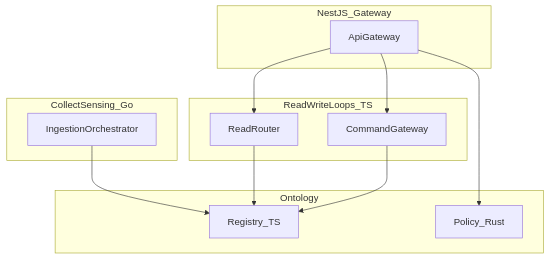
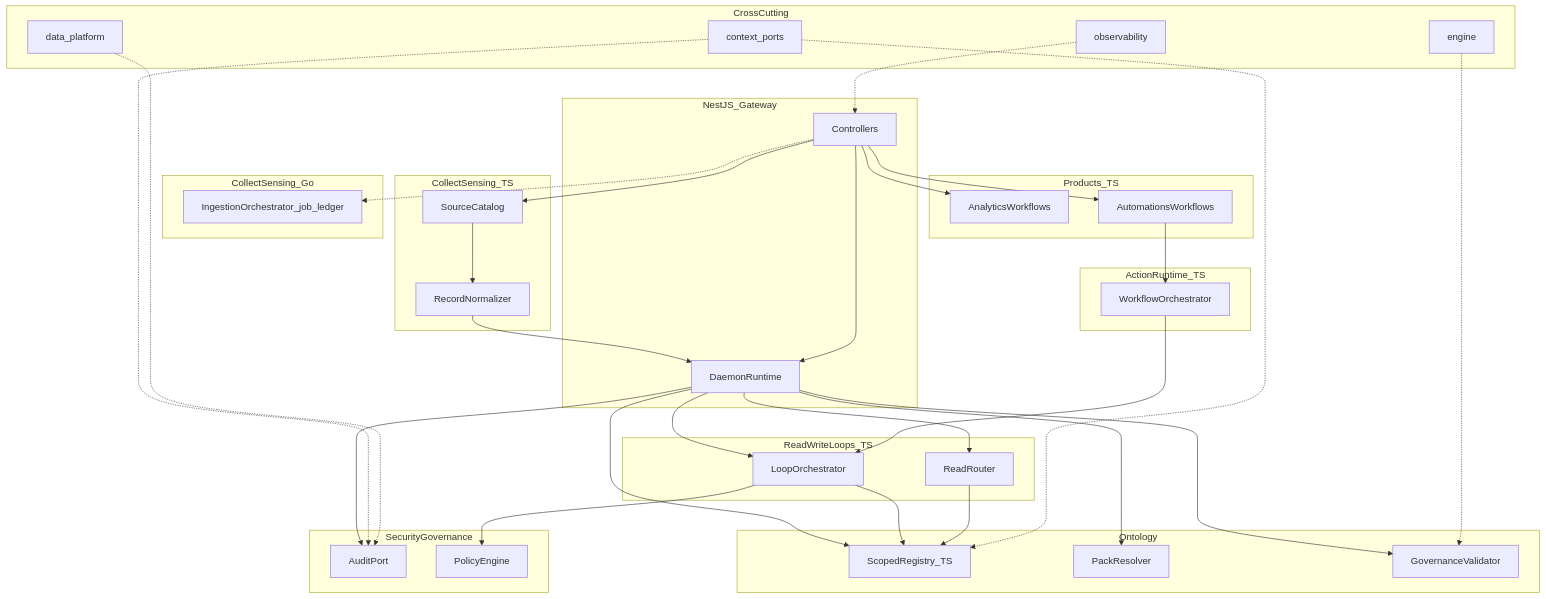
The diagram in docs/01-end-to-end-architecture.md (mzf11125/DAEMON), drawn with Mermaid before and after one commit. The commit also changed other lines of this file and 142 other files, not shown here.

First line of the commit message:
Wire governance, durability, and gateway runtime for commercial ontology SSOT.

````diff
--- a/docs/01-end-to-end-architecture.md
+++ b/docs/01-end-to-end-architecture.md
@@ -3,23 +3,63 @@
 ```mermaid
 graph TB
-  subgraph ingest [CollectSensing_Go]
-    ING[IngestionOrchestrator]
+  subgraph collect [CollectSensing_TS]
+    CAT[SourceCatalog]
+    NORM[RecordNormalizer]
+  end
+  subgraph ingest_go [CollectSensing_Go]
+    ING[IngestionOrchestrator_job_ledger]
   end
   subgraph ont [Ontology]
-    REG[Registry_TS]
-    POL[Policy_Rust]
+    REG[ScopedRegistry_TS]
+    PACK[PackResolver]
+    GOV[GovernanceValidator]
   end
   subgraph loops [ReadWriteLoops_TS]
     READ[ReadRouter]
-    WRITE[CommandGateway]
+    LOOP[LoopOrchestrator]
+  end
+  subgraph action_runtime [ActionRuntime_TS]
+    WF[WorkflowOrchestrator]
+  end
+  subgraph products_layer [Products_TS]
+    ANAL[AnalyticsWorkflows]
+    AUTO[AutomationsWorkflows]
+  end
+  subgraph sec [SecurityGovernance]
+    AUD[AuditPort]
+    POL[PolicyEngine]
+  end
+  subgraph cross_cutting [CrossCutting]
+    ENG[engine]
+    DP[data_platform]
+    OBS[observability]
+    PORTS[context_ports]
   end
   subgraph api [NestJS_Gateway]
-    GW[ApiGateway]
+    RT[DaemonRuntime]
+    GW[Controllers]
   end
-  ING --> REG
-  GW --> READ
-  GW --> WRITE
+  GW --> CAT
+  CAT --> NORM
+  NORM --> RT
+  GW -.-> ING
+  GW --> RT
+  RT --> READ
+  RT --> LOOP
+  RT --> REG
+  RT --> PACK
+  RT --> GOV
+  RT --> AUD
+  LOOP --> REG
+  LOOP --> POL
   READ --> REG
-  WRITE --> REG
-  GW --> POL
+  GW --> ANAL
+  GW --> AUTO
+  AUTO --> WF
+  WF --> LOOP
+  PORTS -.-> REG
+  PORTS -.-> AUD
+  DP -.-> AUD
+  OBS -.-> GW
+  ENG -.-> GOV
 ```
````
